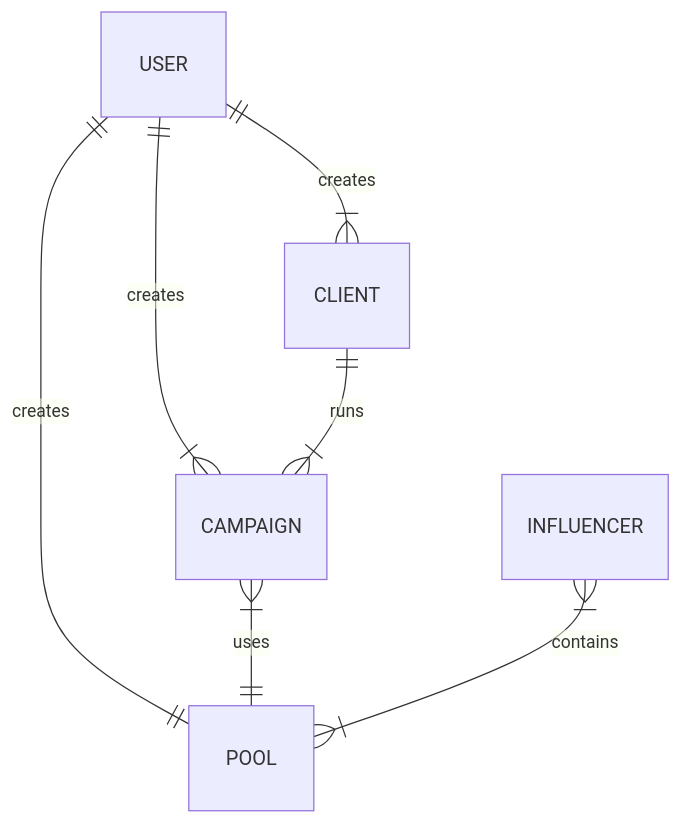
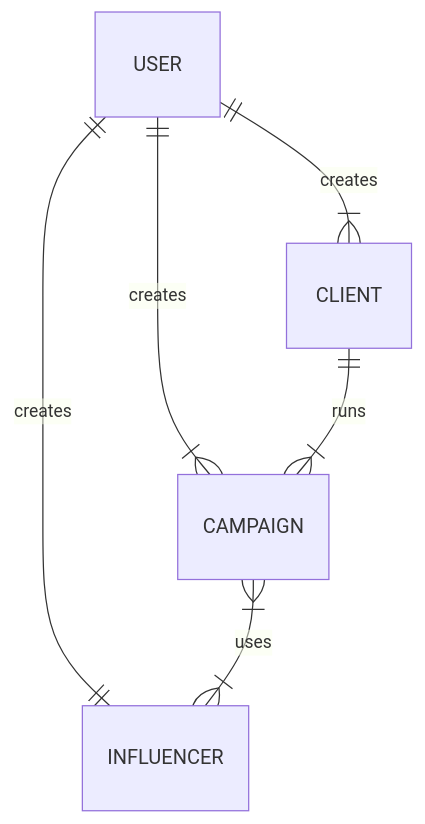
The first of 2 diagrams in README.md (ConorPMullan/swim-marketing), drawn with Mermaid before and after one commit. The commit also changed other lines of this file, not shown here.

````diff
--- a/README.md
+++ b/README.md
@@ -42,9 +42,8 @@
 ``` mermaid
 erDiagram
           USER ||--|{ CLIENT : "creates"
           USER ||--|{ CAMPAIGN : "creates"
-          USER ||--|| POOL : "creates"
-          CAMPAIGN }|--|| POOL : "uses"
-          INFLUENCER }|--|{ POOL : "contains"
+          USER ||--|| INFLUENCER : "creates"
+          CAMPAIGN }|--|{ INFLUENCER : "uses"
           CLIENT ||--|{ CAMPAIGN : "runs"
 ```
````
